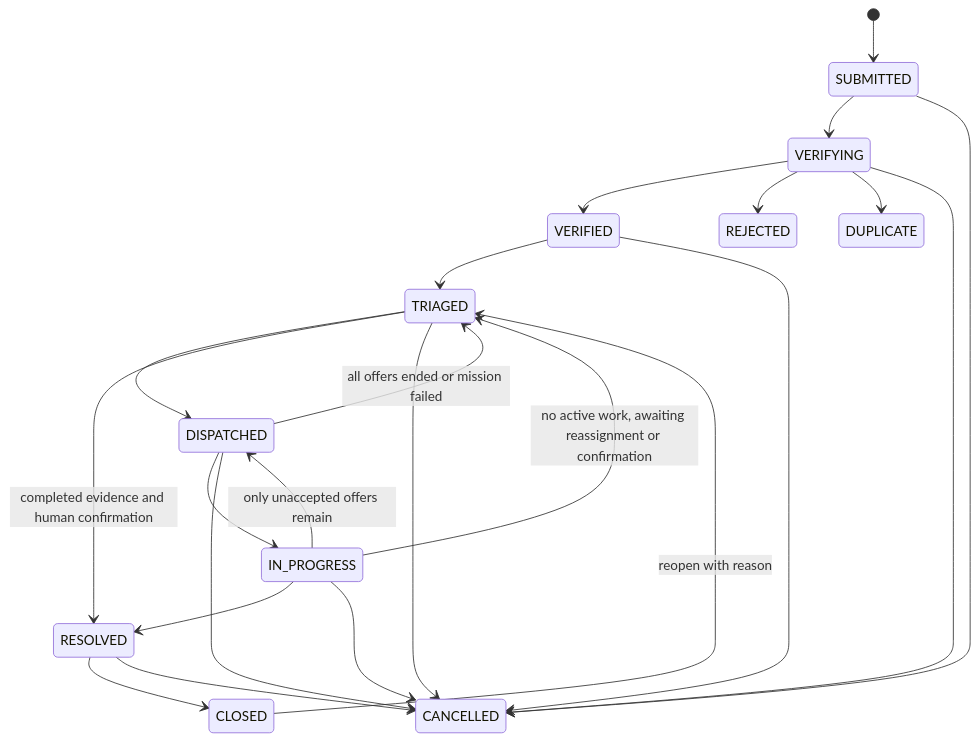
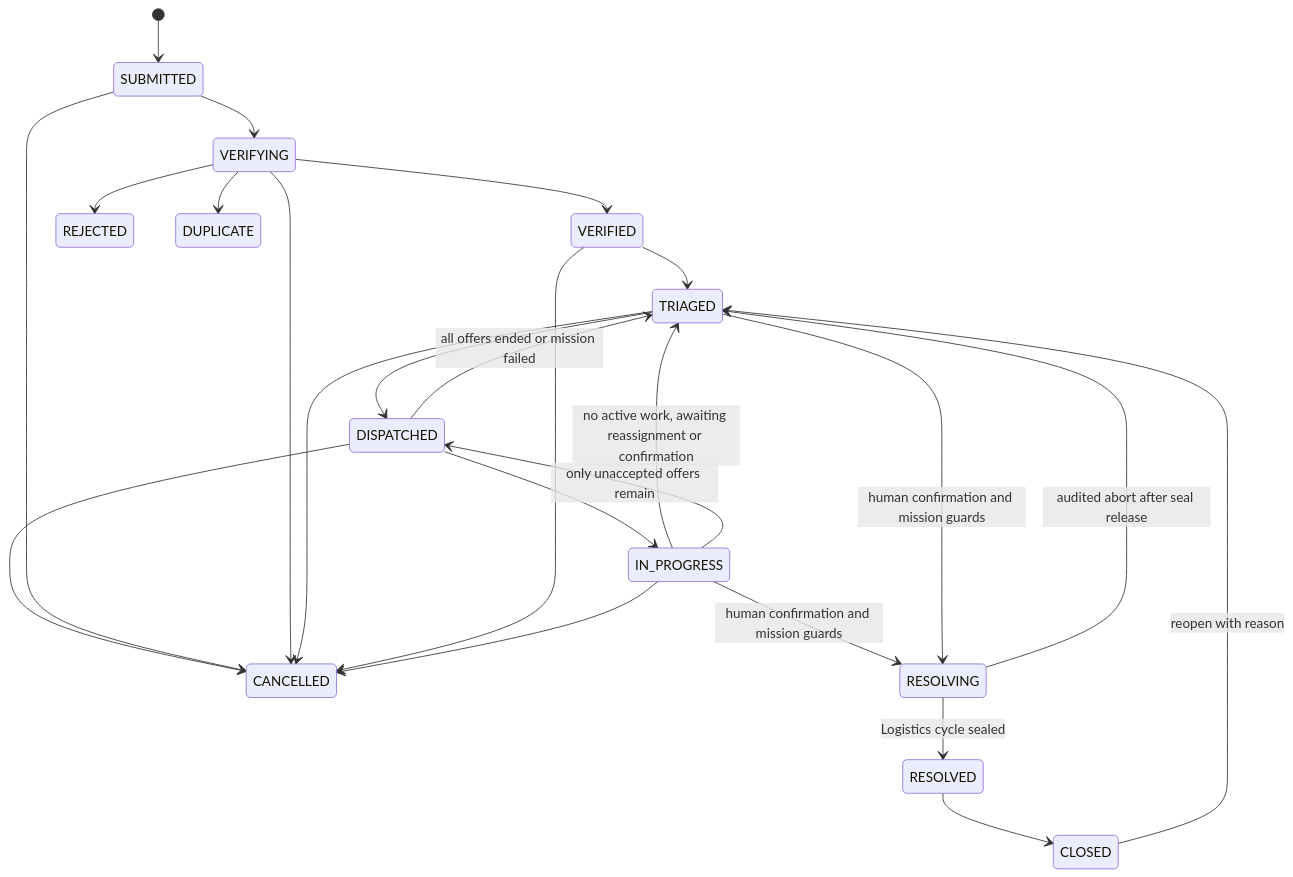
The third of 6 diagrams in docs/c48-technology-and-delivery-plan.md (sangvirgo/disaster-relief-management), drawn with Mermaid before and after one commit. The commit also changed other lines of this file and 3 other files, not shown here.

````diff
--- a/docs/c48-technology-and-delivery-plan.md
+++ b/docs/c48-technology-and-delivery-plan.md
@@ -450,25 +498,26 @@
 ```mermaid
 stateDiagram-v2
   [*] --> SUBMITTED
   SUBMITTED --> VERIFYING
   VERIFYING --> VERIFIED
   VERIFYING --> REJECTED
   VERIFYING --> DUPLICATE
   VERIFIED --> TRIAGED
   TRIAGED --> DISPATCHED
   DISPATCHED --> TRIAGED: all offers ended or mission failed
   DISPATCHED --> IN_PROGRESS
   IN_PROGRESS --> TRIAGED: no active work, awaiting reassignment or confirmation
   IN_PROGRESS --> DISPATCHED: only unaccepted offers remain
   DISPATCHED --> CANCELLED
-  IN_PROGRESS --> RESOLVED
-  TRIAGED --> RESOLVED: completed evidence and human confirmation
+  IN_PROGRESS --> RESOLVING: human confirmation and mission guards
+  TRIAGED --> RESOLVING: human confirmation and mission guards
+  RESOLVING --> RESOLVED: Logistics cycle sealed
+  RESOLVING --> TRIAGED: audited abort after seal release
   RESOLVED --> CLOSED
   CLOSED --> TRIAGED: reopen with reason
   SUBMITTED --> CANCELLED
   VERIFYING --> CANCELLED
   TRIAGED --> CANCELLED
   VERIFIED --> CANCELLED
-  RESOLVED --> CANCELLED
   IN_PROGRESS --> CANCELLED
 ```
````
